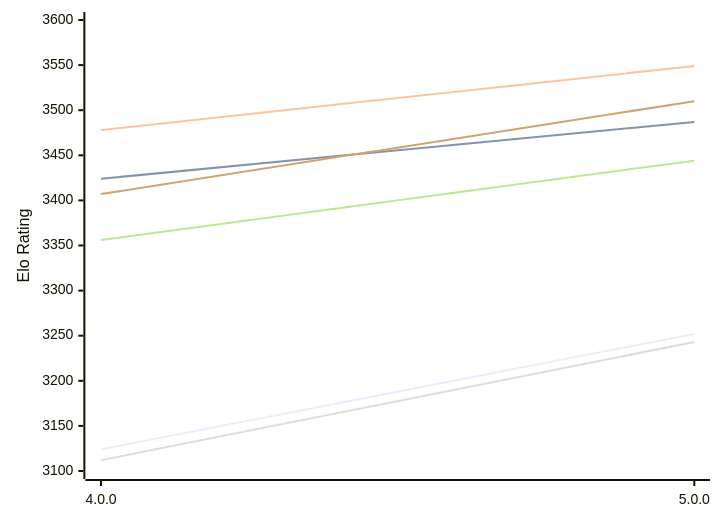
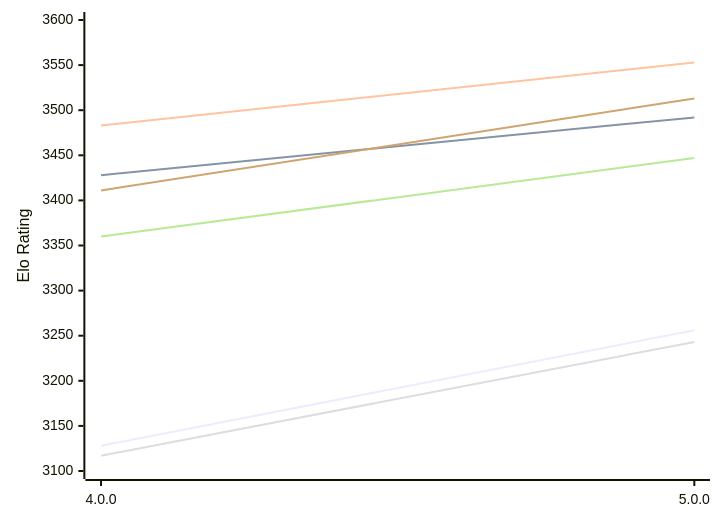
One commit to computer-chess-index/cci changed the first of 2 diagrams in engines/Avalanche.md. Above: the diagram before and after it, drawn with Mermaid. The commit also changed other lines of this file, not shown here.

Commit message:
Update CCI Ratings (ELO VLTC) - 2026-11-20

````diff
--- a/engines/Avalanche.md
+++ b/engines/Avalanche.md
@@ -50,12 +50,12 @@
 ```mermaid
 %%{init: {"theme":"base","themeVariables":{"seriesColors:['#a3a3a3','#222221','#faa371']}}}%%
 xychart-beta
   x-axis ["4.0.0", "5.0.0"]
   y-axis "Elo Rating" 3100 --> 3600
-  line "E1: STC (8.0+0.08s)" [3124, 3252]
-  line "E1: LTC (60.0+0.60s)" [3424, 3487]
-  line "E1: VLTC (2m24s+1.12s)" [3478, 3549]
-  line "P1: STC (8.0+0.08s)" [3112, 3243]
-  line "P1: LTC (60.0+0.60s)" [3356, 3444]
-  line "P1: VLTC (2m24s+1.12s)" [3407, 3510]
+  line "E1: STC (8.0+0.08s)" [3128, 3256]
+  line "E1: LTC (60.0+0.60s)" [3428, 3492]
+  line "E1: VLTC (2m24s+1.12s)" [3483, 3553]
+  line "P1: STC (8.0+0.08s)" [3117, 3243]
+  line "P1: LTC (60.0+0.60s)" [3360, 3447]
+  line "P1: VLTC (2m24s+1.12s)" [3411, 3513]
 ```
````
